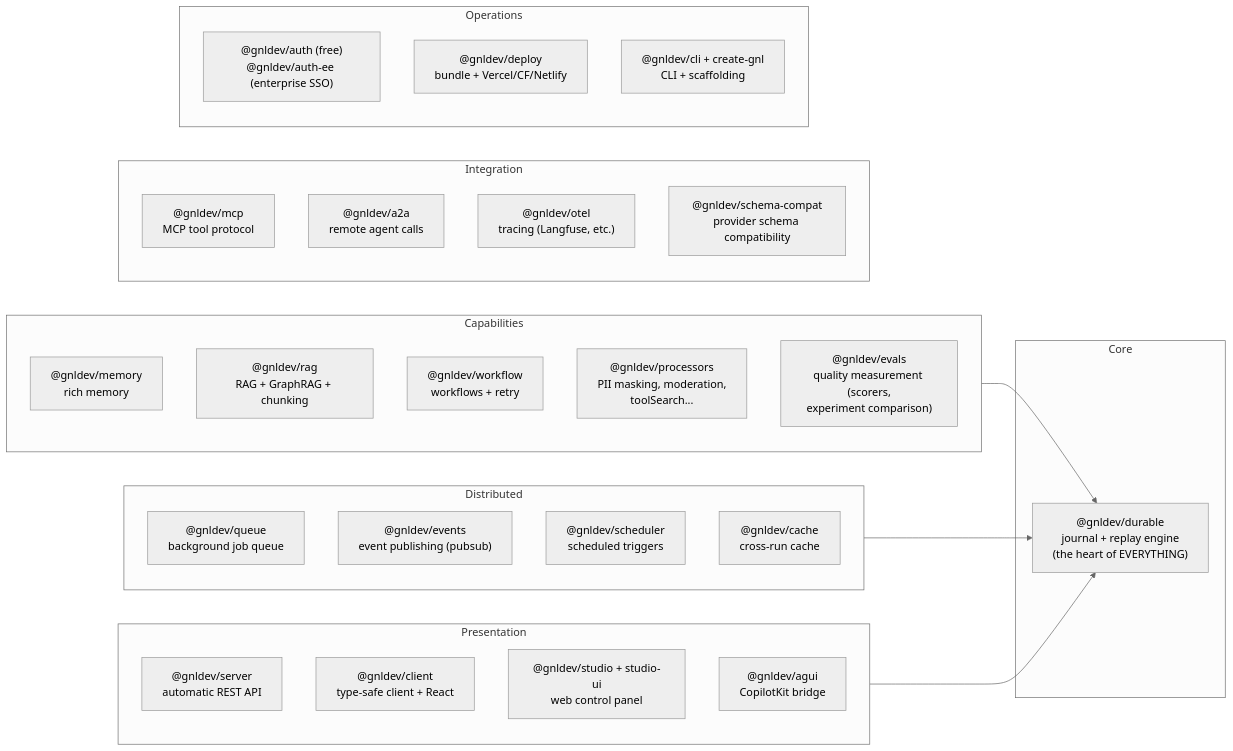
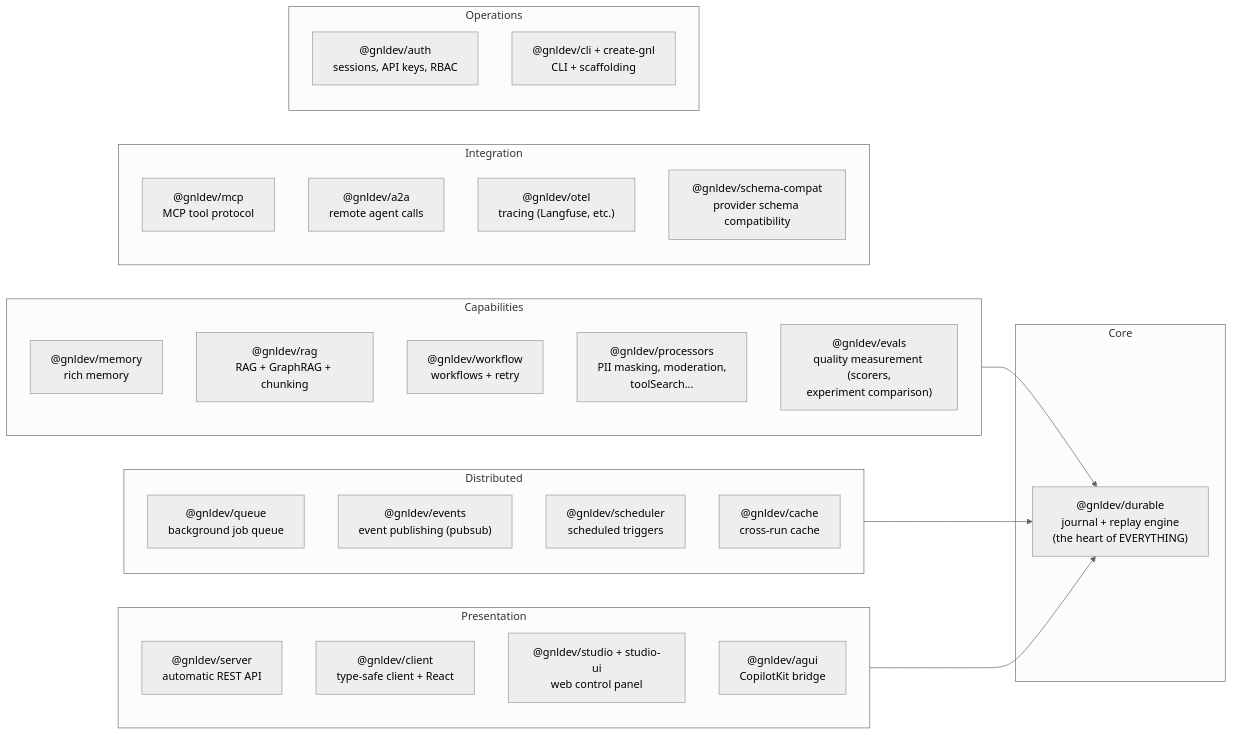
Before and after one commit to Karaca7/gnldev: the fourth of 10 diagrams in docs/GUIDE.md, drawn with Mermaid (neutral theme). The commit also changed other lines of this file and 1 other file, not shown here.

````diff
--- a/docs/GUIDE.md
+++ b/docs/GUIDE.md
@@ -263,39 +263,38 @@
 ```mermaid
 graph LR
     subgraph Core
         durable["@gnldev/durable<br/>journal + replay engine<br/>(the heart of EVERYTHING)"]
     end
     subgraph Capabilities
         memory["@gnldev/memory<br/>rich memory"]
         rag["@gnldev/rag<br/>RAG + GraphRAG + chunking"]
         workflow["@gnldev/workflow<br/>workflows + retry"]
         processors["@gnldev/processors<br/>PII masking, moderation,<br/>toolSearch..."]
         evals["@gnldev/evals<br/>quality measurement (scorers,<br/>experiment comparison)"]
     end
     subgraph Distributed
         queue["@gnldev/queue<br/>background job queue"]
         events["@gnldev/events<br/>event publishing (pubsub)"]
         scheduler["@gnldev/scheduler<br/>scheduled triggers"]
         cache["@gnldev/cache<br/>cross-run cache"]
     end
     subgraph Presentation
         server["@gnldev/server<br/>automatic REST API"]
         client["@gnldev/client<br/>type-safe client + React"]
         studio["@gnldev/studio + studio-ui<br/>web control panel"]
         agui["@gnldev/agui<br/>CopilotKit bridge"]
     end
     subgraph Integration
         mcp["@gnldev/mcp<br/>MCP tool protocol"]
         a2a["@gnldev/a2a<br/>remote agent calls"]
         otel["@gnldev/otel<br/>tracing (Langfuse, etc.)"]
         schema["@gnldev/schema-compat<br/>provider schema compatibility"]
     end
     subgraph Operations
-        auth["@gnldev/auth (free)<br/>@gnldev/auth-ee (enterprise SSO)"]
-        deploy["@gnldev/deploy<br/>bundle + Vercel/CF/Netlify"]
+        auth["@gnldev/auth<br/>sessions, API keys, RBAC"]
         cli["@gnldev/cli + create-gnl<br/>CLI + scaffolding"]
     end
     Capabilities --> durable
     Distributed --> durable
     Presentation --> durable
 ```
````
